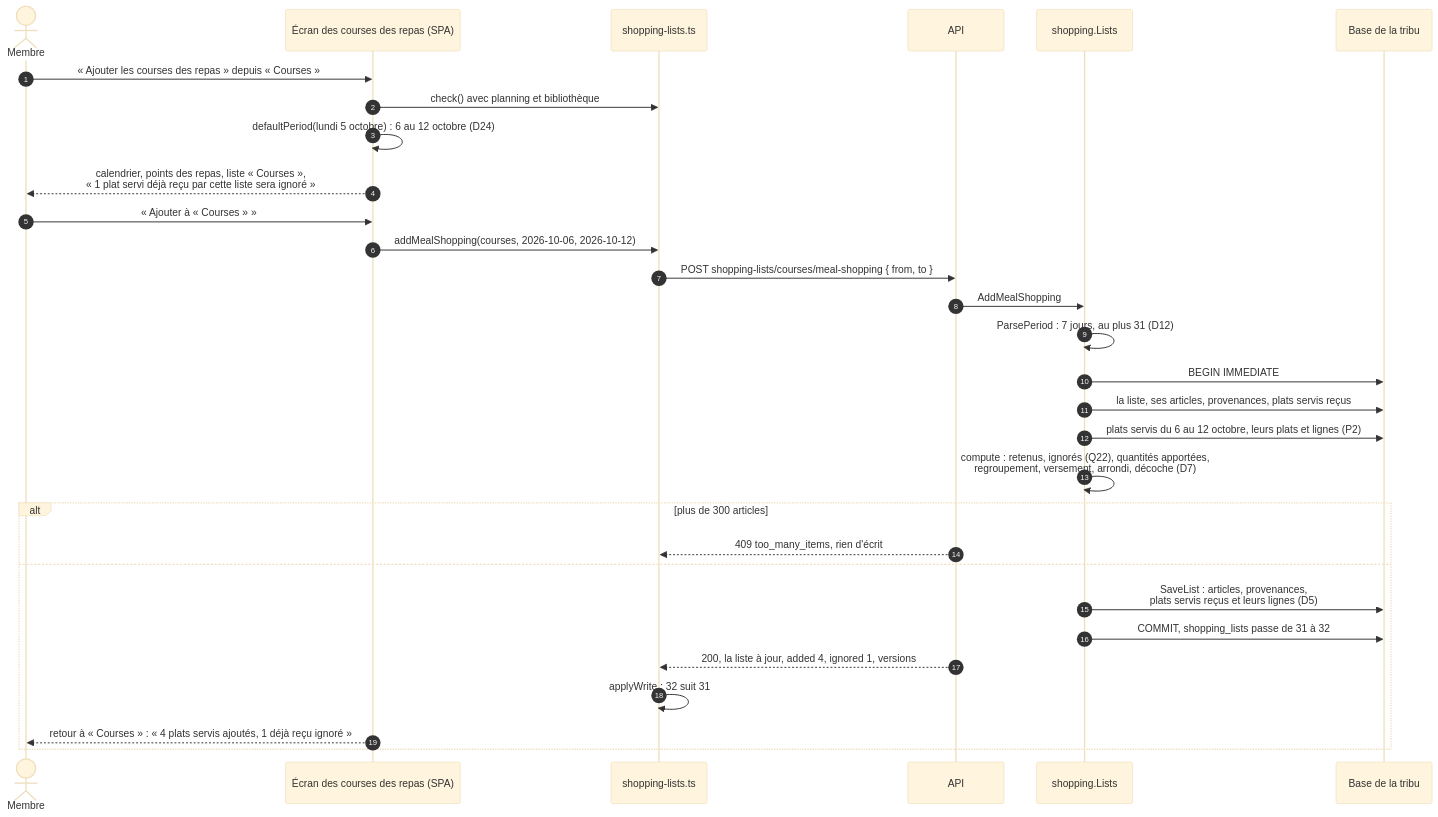
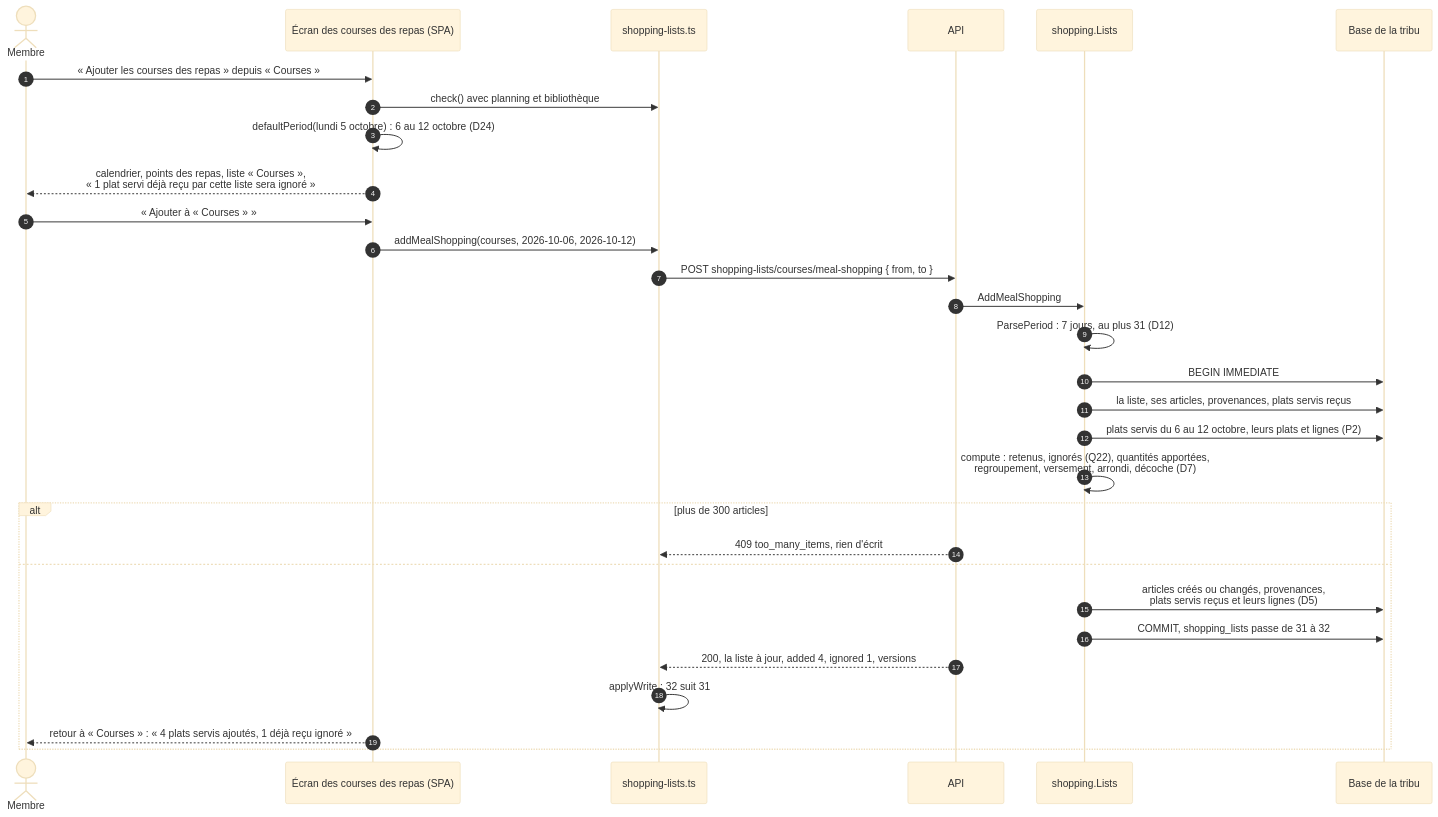
One commit to nelt/tribe-menus changed the third of 5 diagrams in docs/conception/listes-de-courses.md. Above: the diagram before and after it, drawn with Mermaid (base theme). The commit also changed other lines of this file and 22 other files, not shown here.

````diff
--- a/docs/conception/listes-de-courses.md
+++ b/docs/conception/listes-de-courses.md
@@ -288,33 +297,33 @@
 ```mermaid
 sequenceDiagram
     autonumber
     actor M as Membre
     participant S as Écran des courses des repas (SPA)
     participant L as shopping-lists.ts
     participant A as API
     participant K as shopping.Lists
     participant D as Base de la tribu
 
     M->>S: « Ajouter les courses des repas » depuis « Courses »
     S->>L: check() avec planning et bibliothèque
     S->>S: defaultPeriod(lundi 5 octobre) : 6 au 12 octobre (D24)
     S-->>M: calendrier, points des repas, liste « Courses »,<br/>« 1 plat servi déjà reçu par cette liste sera ignoré »
     M->>S: « Ajouter à « Courses » »
     S->>L: addMealShopping(courses, 2026-10-06, 2026-10-12)
     L->>A: POST shopping-lists/courses/meal-shopping { from, to }
     A->>K: AddMealShopping
     K->>K: ParsePeriod : 7 jours, au plus 31 (D12)
     K->>D: BEGIN IMMEDIATE
     K->>D: la liste, ses articles, provenances, plats servis reçus
     K->>D: plats servis du 6 au 12 octobre, leurs plats et lignes (P2)
     K->>K: compute : retenus, ignorés (Q22), quantités apportées,<br/>regroupement, versement, arrondi, décoche (D7)
     alt plus de 300 articles
         A-->>L: 409 too_many_items, rien d'écrit
     else
-        K->>D: SaveList : articles, provenances,<br/>plats servis reçus et leurs lignes (D5)
+        K->>D: articles créés ou changés, provenances,<br/>plats servis reçus et leurs lignes (D5)
         K->>D: COMMIT, shopping_lists passe de 31 à 32
         A-->>L: 200, la liste à jour, added 4, ignored 1, versions
         L->>L: applyWrite : 32 suit 31
         S-->>M: retour à « Courses » : « 4 plats servis ajoutés, 1 déjà reçu ignoré »
     end
 ```
````
